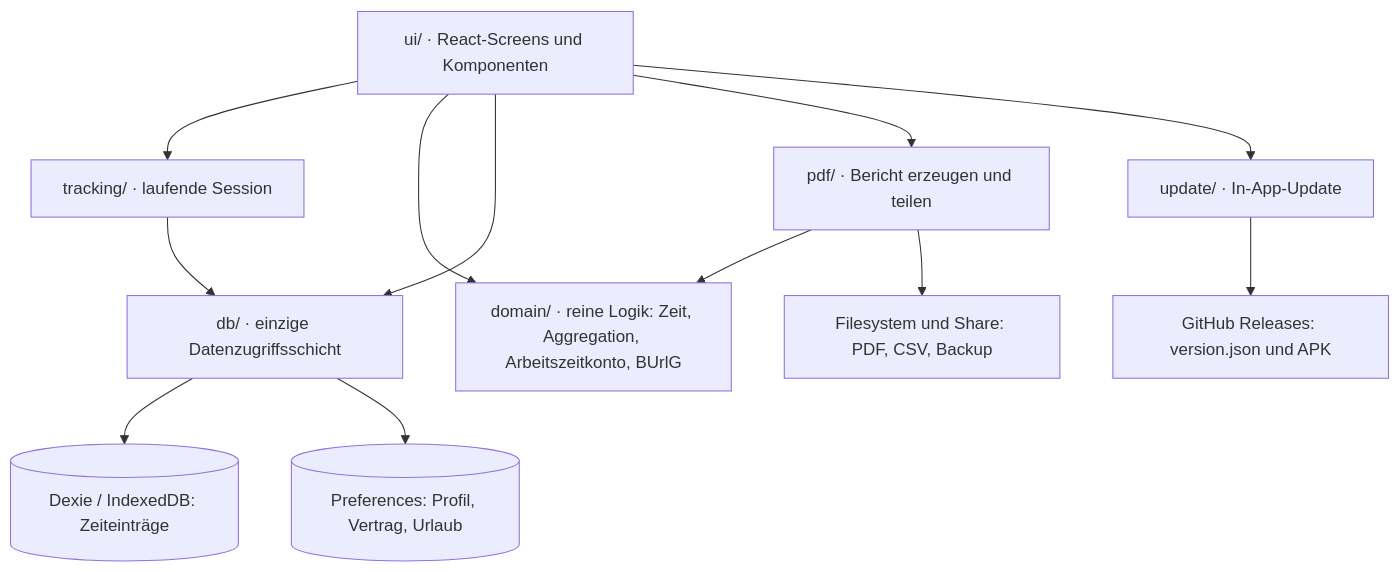
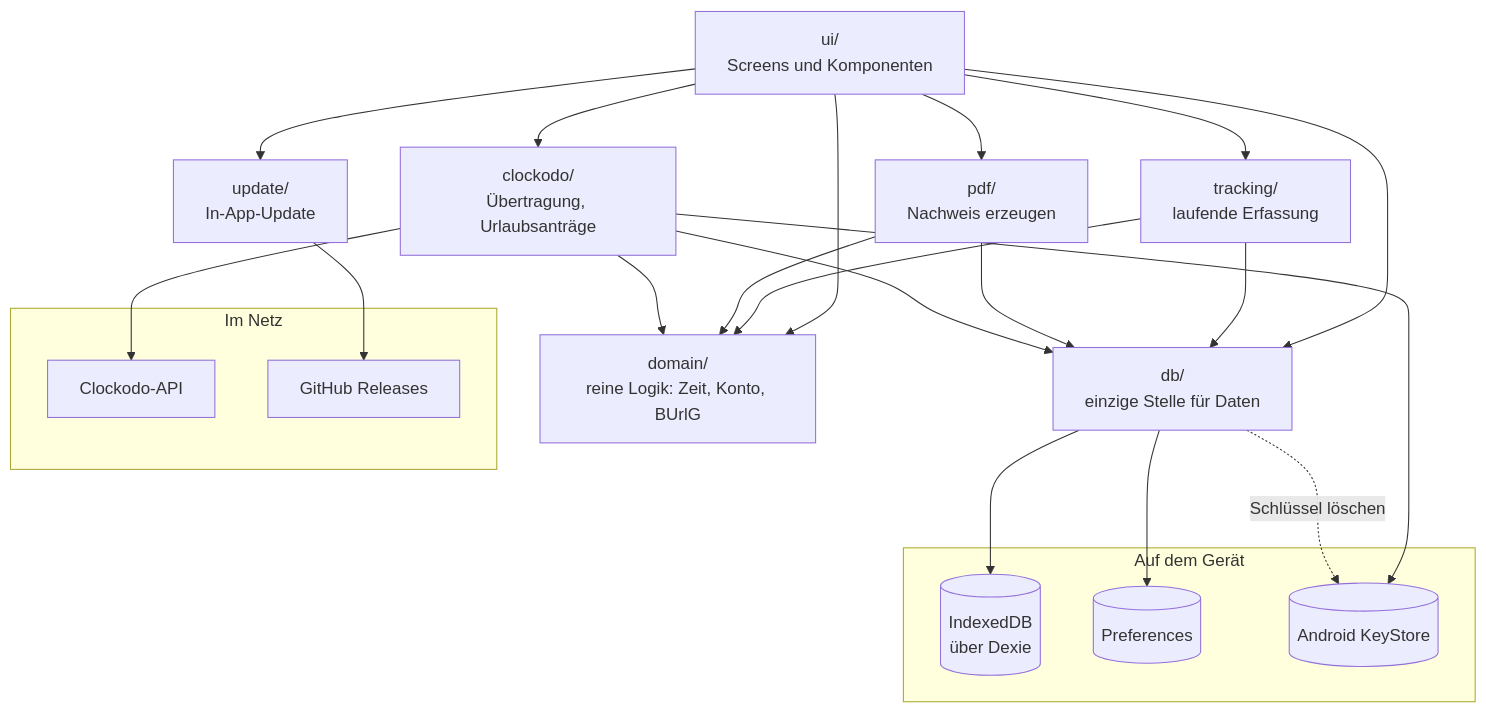
The third of 3 diagrams in README.md (BosslandX/klarzeit), drawn with Mermaid before and after one commit. The commit also changed other lines of this file and 20 other files, not shown here.

````diff
--- a/README.md
+++ b/README.md
@@ -268,26 +303,28 @@
 ```mermaid
 flowchart TD
-    UI["ui/ · React-Screens und Komponenten"]
-    TR["tracking/ · laufende Session"]
-    DOM["domain/ · reine Logik: Zeit, Aggregation, Arbeitszeitkonto, BUrlG"]
-    DB["db/ · einzige Datenzugriffsschicht"]
-    PDF["pdf/ · Bericht erzeugen und teilen"]
-    UPD["update/ · In-App-Update"]
+    UI["ui/<br/>Screens und Komponenten"]
+    TR["tracking/<br/>laufende Erfassung"]
+    PDF["pdf/<br/>Nachweis erzeugen"]
+    CK["clockodo/<br/>Übertragung, Urlaubsanträge"]
+    UPD["update/<br/>In-App-Update"]
+    DOM["domain/<br/>reine Logik: Zeit, Konto, BUrlG"]
+    DB["db/<br/>einzige Stelle für Daten"]
 
-    DEXIE[("Dexie / IndexedDB: Zeiteinträge")]
-    PREF[("Preferences: Profil, Vertrag, Urlaub")]
-    FS["Filesystem und Share: PDF, CSV, Backup"]
-    GH["GitHub Releases: version.json und APK"]
+    subgraph geraet["Auf dem Gerät"]
+        DEXIE[("IndexedDB<br/>über Dexie")]
+        PREF[("Preferences")]
+        KS[("Android KeyStore")]
+    end
+    subgraph netz["Im Netz"]
+        API["Clockodo-API"]
+        GH["GitHub Releases"]
+    end
 
-    UI --> TR
-    UI --> DOM
-    UI --> DB
-    UI --> PDF
-    UI --> UPD
-    TR --> DB
-    DB --> DEXIE
-    DB --> PREF
-    PDF --> DOM
-    PDF --> FS
+    UI --> TR & PDF & CK & UPD
+    UI --> DOM & DB
+    TR & PDF & CK --> DOM & DB
+    CK --> KS & API
+    DB --> DEXIE & PREF
+    DB -. "Schlüssel löschen" .-> KS
     UPD --> GH
 ```
````
